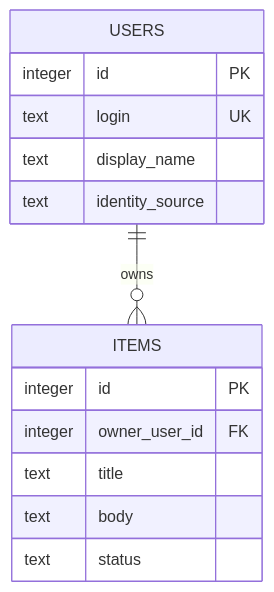
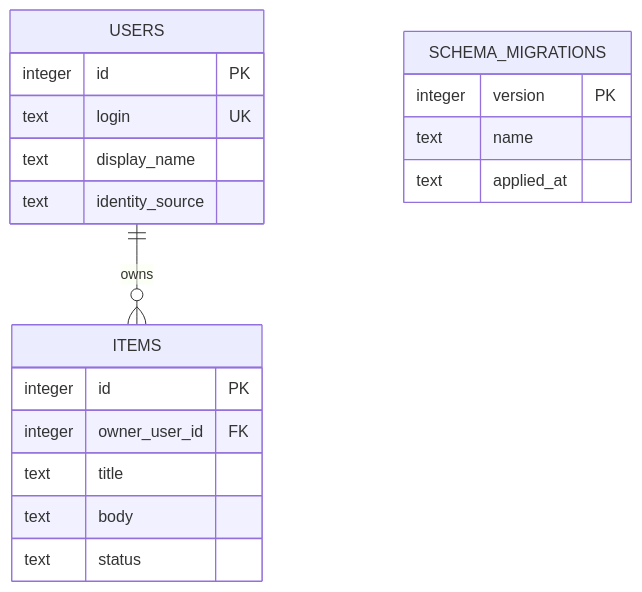
One commit to k-systems202208/python-sqlite-tailscale-webapp-template changed the sixth of 8 diagrams in docs/ARCHITECTURE.md. Above: the diagram before and after it, drawn with Mermaid. The commit also changed other lines of this file and 42 other files, not shown here.

````diff
--- a/docs/ARCHITECTURE.md
+++ b/docs/ARCHITECTURE.md
@@ -88,17 +98,22 @@
 ```mermaid
 erDiagram
     USERS ||--o{ ITEMS : owns
     USERS {
       integer id PK
       text login UK
       text display_name
       text identity_source
     }
     ITEMS {
       integer id PK
       integer owner_user_id FK
       text title
       text body
       text status
     }
+    SCHEMA_MIGRATIONS {
+      integer version PK
+      text name
+      text applied_at
+    }
 ```
````
